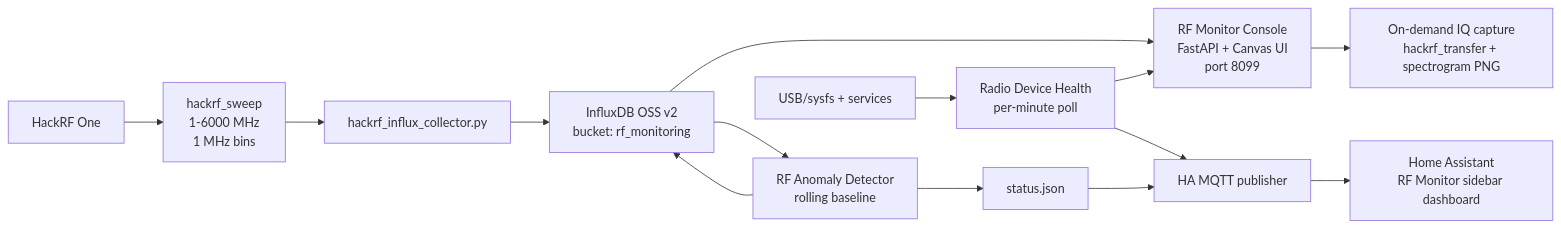
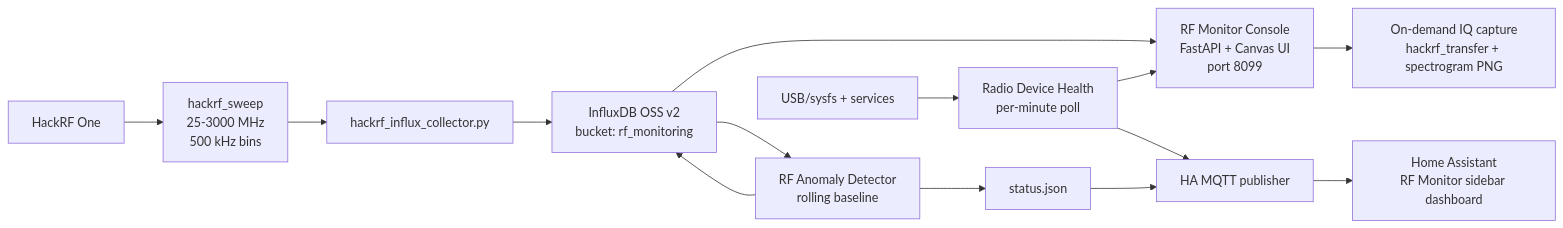
One commit to cmilkosky/linuxgr-rf-monitor changed the first of 2 diagrams in README.md. Above: the diagram before and after it, drawn with Mermaid. The commit also changed 1 other file, not shown here.

First paragraph of the commit message:
sweep: 25-3000 MHz at 500 kHz bins (antenna range), plus v3 scanning analysis
Applied HACKRF_SWEEP_ARGS="-f 25:3000 -w 500000" on linuxGR (env backed up
first) and verified live: span 25.227-3004.773 MHz, 6556 bins, 455 kHz median
step, rc=0 every 60 s, all pages 200.

````diff
--- a/README.md
+++ b/README.md
@@ -18,16 +18,16 @@
 ```mermaid
 flowchart LR
-    HackRF["HackRF One"] --> Sweep["hackrf_sweep<br/>1-6000 MHz<br/>1 MHz bins"]
+    HackRF["HackRF One"] --> Sweep["hackrf_sweep<br/>25-3000 MHz<br/>500 kHz bins"]
     Sweep --> Collector["hackrf_influx_collector.py"]
     Collector --> Influx["InfluxDB OSS v2<br/>bucket: rf_monitoring"]
     Influx --> Console["RF Monitor Console<br/>FastAPI + Canvas UI<br/>port 8099"]
     Console --> Capture["On-demand IQ capture<br/>hackrf_transfer + spectrogram PNG"]
     Influx --> Detector["RF Anomaly Detector<br/>rolling baseline"]
     Detector --> Influx
     Detector --> Status["status.json"]
     Status --> HAPub["HA MQTT publisher"]
     USB["USB/sysfs + services"] --> RadioHealth["Radio Device Health<br/>per-minute poll"]
     RadioHealth --> Console
     RadioHealth --> HAPub
     HAPub --> HA["Home Assistant<br/>RF Monitor sidebar dashboard"]
 ```
````
